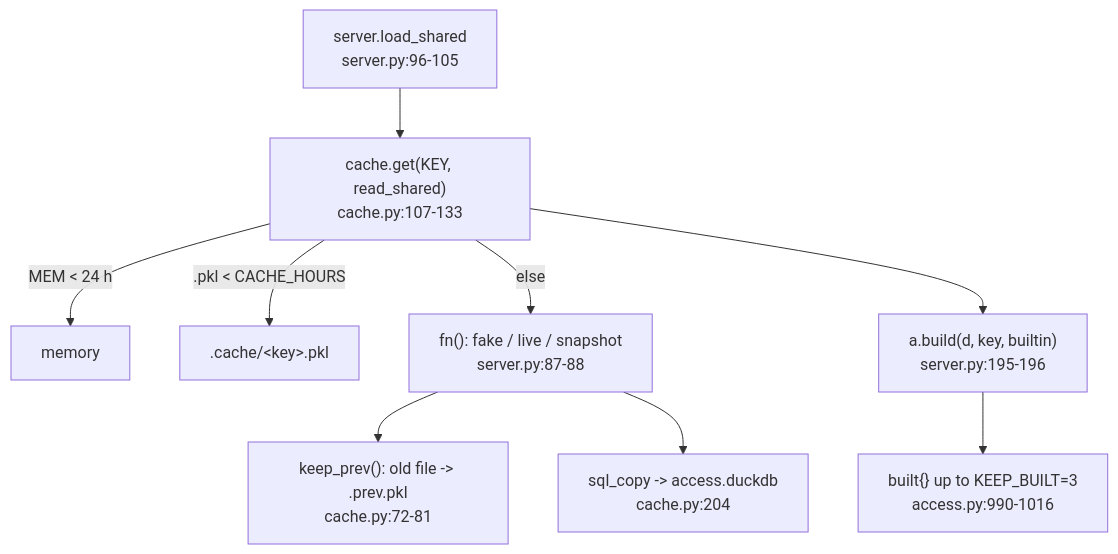
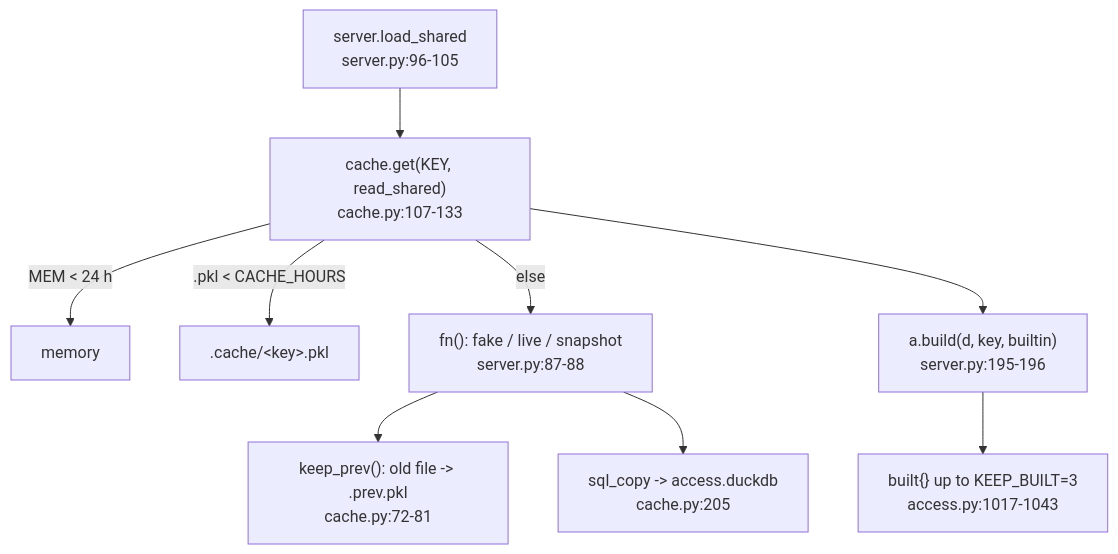
Before and after one commit to darshanmeel/snowflake-access-explorer: the diagram in snowflake-access-explorer-knowledge-graph/logic/caching.md, drawn with Mermaid. The commit also changed other lines of this file and 88 other files, not shown here.

First line of the commit message:
Knowledge graph and docs for the access log; per-day charts by user, role, client, statement, R/W/DDL, object kind

````diff
--- a/snowflake-access-explorer-knowledge-graph/logic/caching.md
+++ b/snowflake-access-explorer-knowledge-graph/logic/caching.md
@@ -6,11 +6,11 @@
 ```mermaid
 flowchart TD
   LS["server.load_shared<br/>server.py:96-105"] --> G["cache.get(KEY, read_shared)<br/>cache.py:107-133"]
   G -->|"MEM < 24 h"| M[memory]
   G -->|".pkl < CACHE_HOURS"| P[".cache/&lt;key&gt;.pkl"]
   G -->|else| R["fn(): fake / live / snapshot<br/>server.py:87-88"]
   R --> KP["keep_prev(): old file -> .prev.pkl<br/>cache.py:72-81"]
-  R --> SQ["sql_copy -> access.duckdb<br/>cache.py:204"]
+  R --> SQ["sql_copy -> access.duckdb<br/>cache.py:205"]
   G --> B["a.build(d, key, builtin)<br/>server.py:195-196"]
-  B --> KB["built{} up to KEEP_BUILT=3<br/>access.py:990-1016"]
+  B --> KB["built{} up to KEEP_BUILT=3<br/>access.py:1017-1043"]
 ```
````
